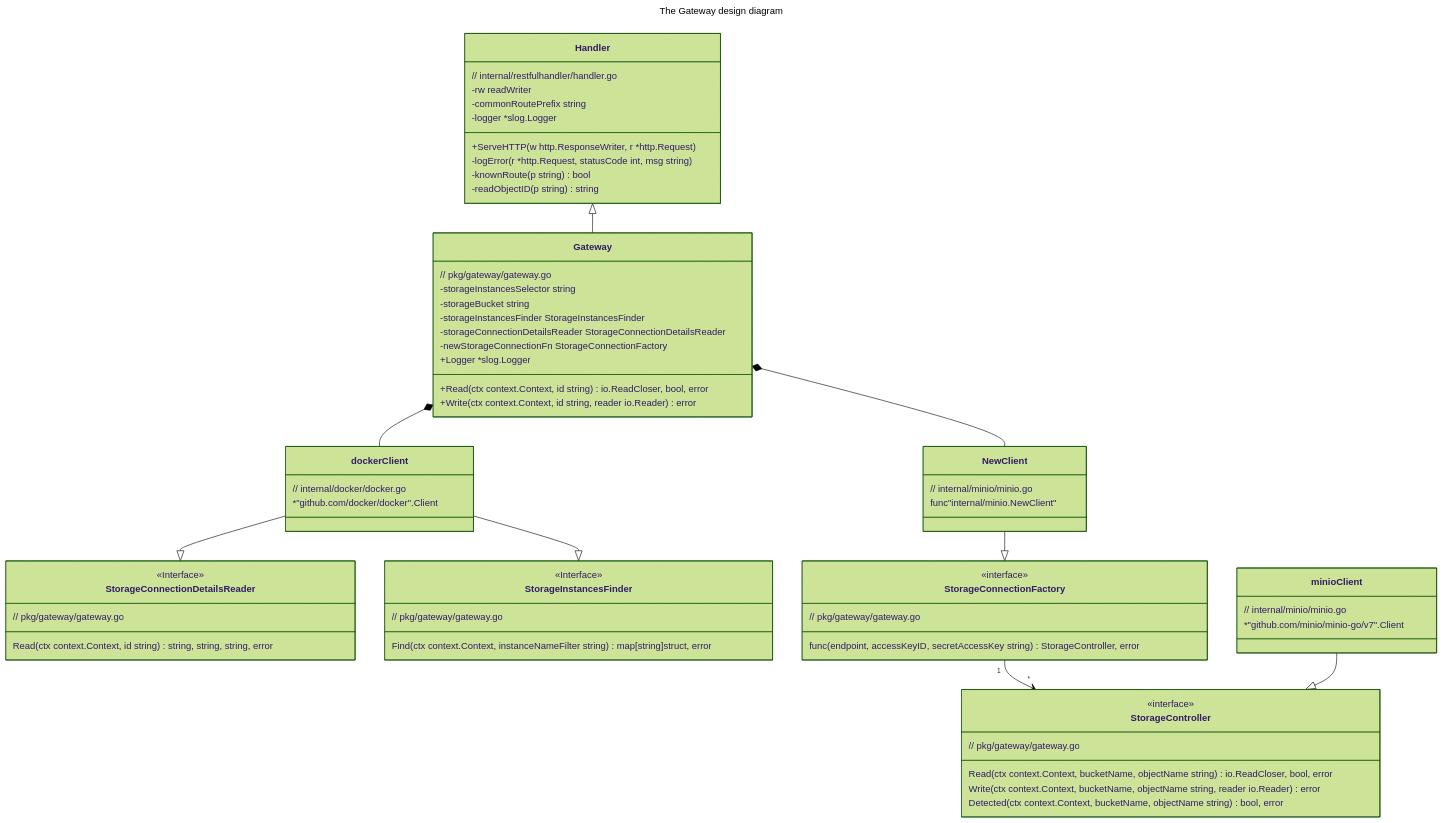
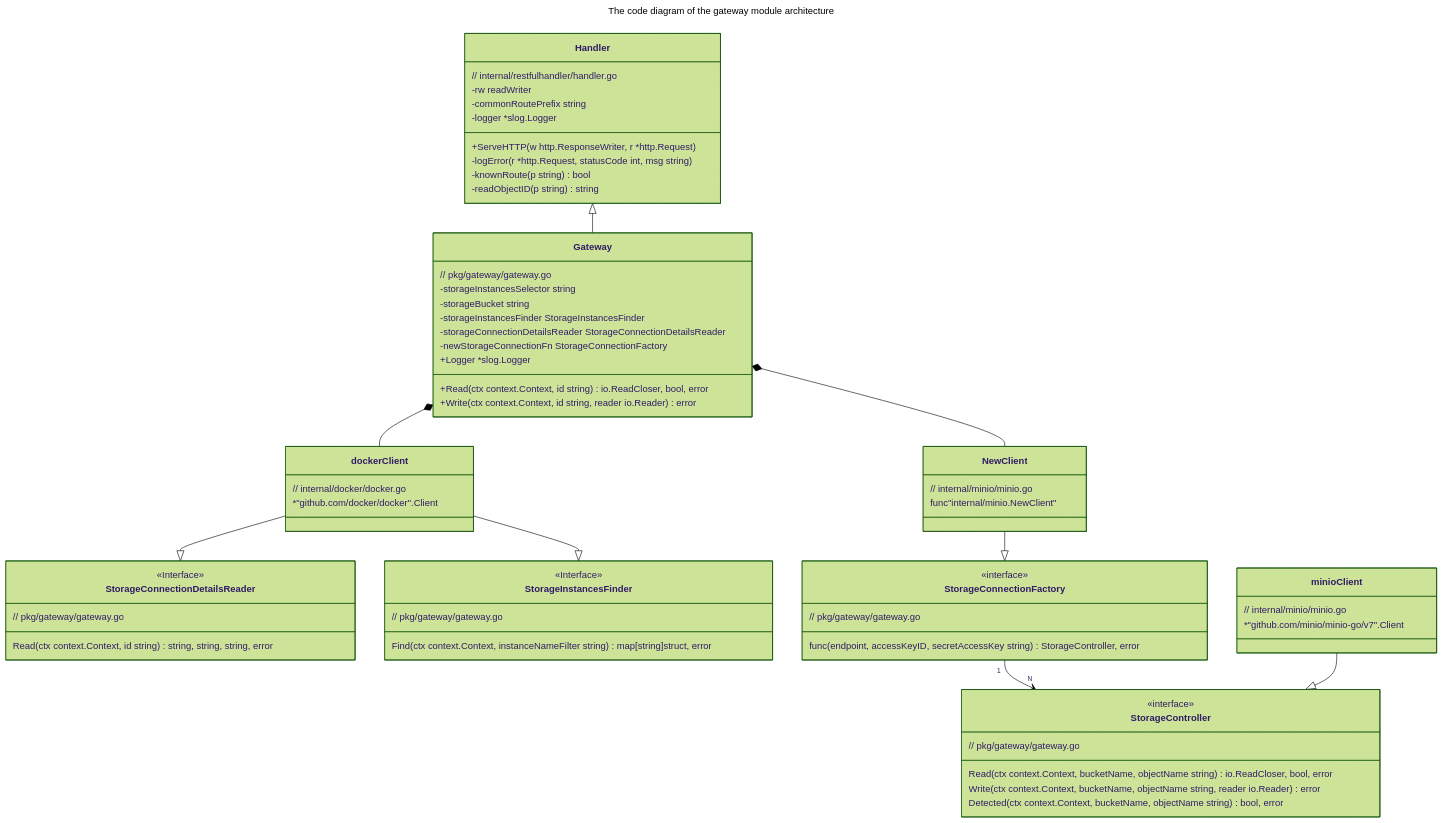
Before and after one commit to kislerdm/object-storage-gateway: the diagram in README.md, drawn with Mermaid (forest theme). The commit also changed other lines of this file, not shown here.

````diff
--- a/README.md
+++ b/README.md
@@ -13,16 +90,16 @@
 ```mermaid
 ---
-title: The Gateway design diagram
+title: The code diagram of the gateway module architecture
 ---
 classDiagram
     class Gateway {
         // pkg/gateway/gateway.go
 
-        -storageInstancesSelector       string
-        -storageBucket                  string
-        -storageInstancesFinder         StorageInstancesFinder
+        -storageInstancesSelector string
+        -storageBucket string
+        -storageInstancesFinder StorageInstancesFinder
         -storageConnectionDetailsReader StorageConnectionDetailsReader
-        -newStorageConnectionFn         StorageConnectionFactory
+        -newStorageConnectionFn StorageConnectionFactory
         +Logger              *slog.Logger
 
         +Read(ctx context.Context, id string) io.ReadCloser, bool, error
@@ -81,7 +158,7 @@
 func"internal/minio.NewClient"
     }
 
-StorageConnectionFactory"1"-->"*"StorageController
+StorageConnectionFactory"1"-->"N"StorageController
 
 minioClient --|> StorageController
 dockerClient --|> StorageConnectionDetailsReader
````
